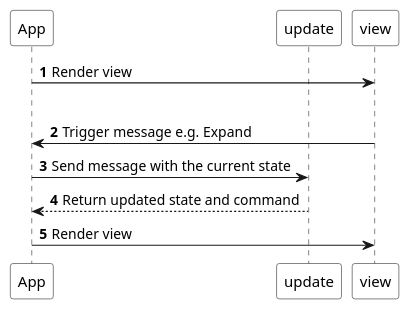
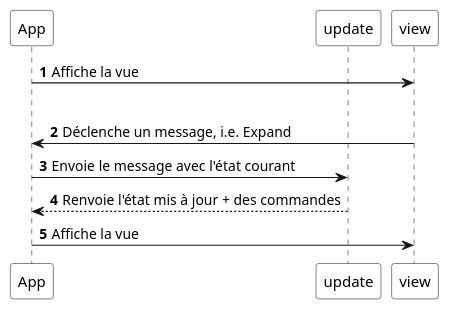
Before and after one commit to sporto/elm-tutorial: the diagram in fr/02-elm-arch/04-flux.pu, drawn with PlantUML. The commit also changed 2 other files, not shown here.

Commit message:
Translate flow diagram

```diff
--- a/fr/02-elm-arch/04-flux.pu
+++ b/fr/02-elm-arch/04-flux.pu
@@ -1,13 +1,13 @@
 @startuml
 autonumber
 participant App #white
 participant update #white
 participant view #white
 
-App -> view : Render view
+App -> view : Affiche la vue
 |||
-view -> App : Trigger message e.g. Expand
-App -> update : Send message with the current state
-update --> App : Return updated state and command
-App -> view : Render view
+view -> App : Déclenche un message, i.e. Expand
+App -> update : Envoie le message avec l'état courant
+update --> App : Renvoie l'état mis à jour + des commandes
+App -> view : Affiche la vue
 @enduml
```
